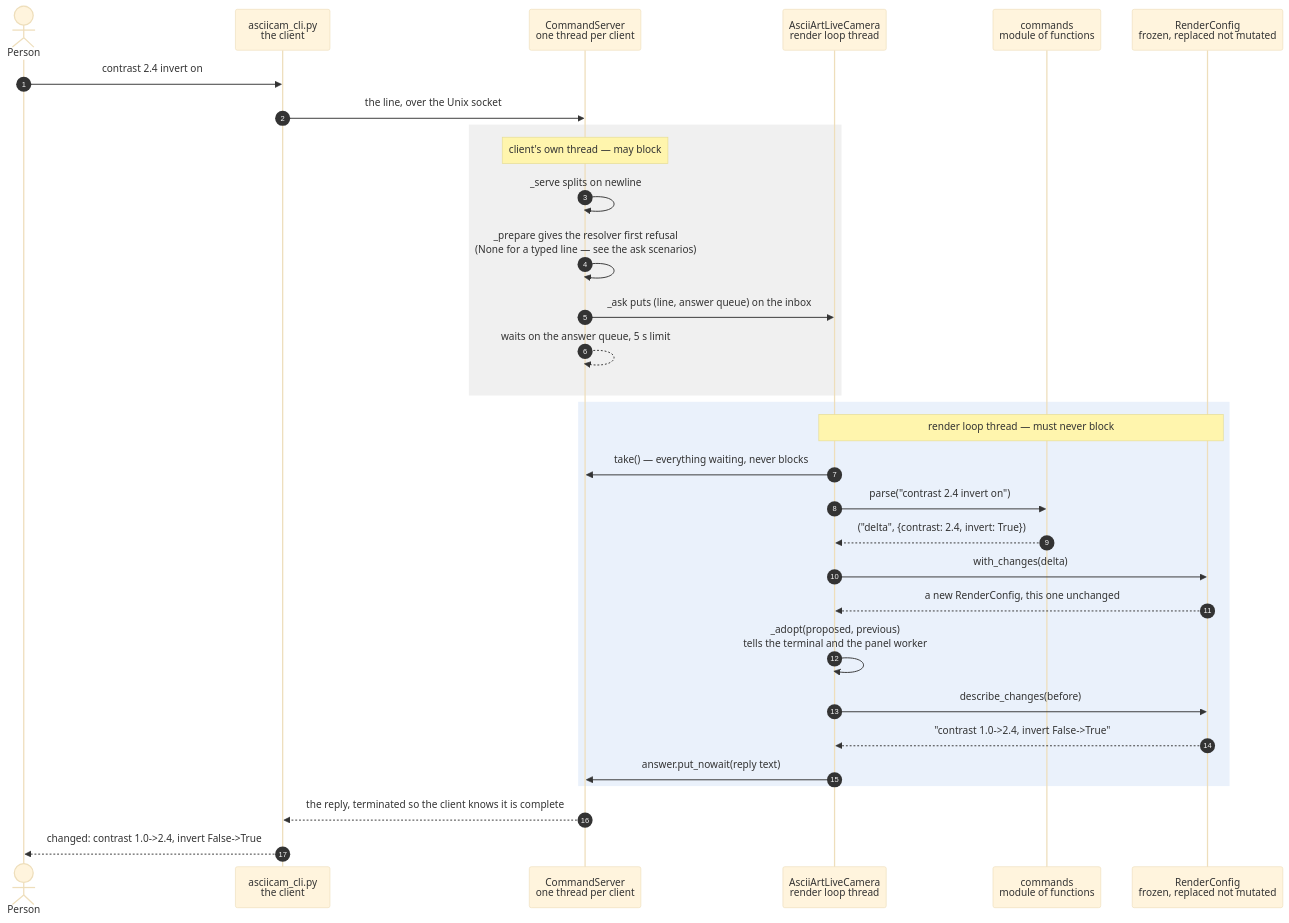
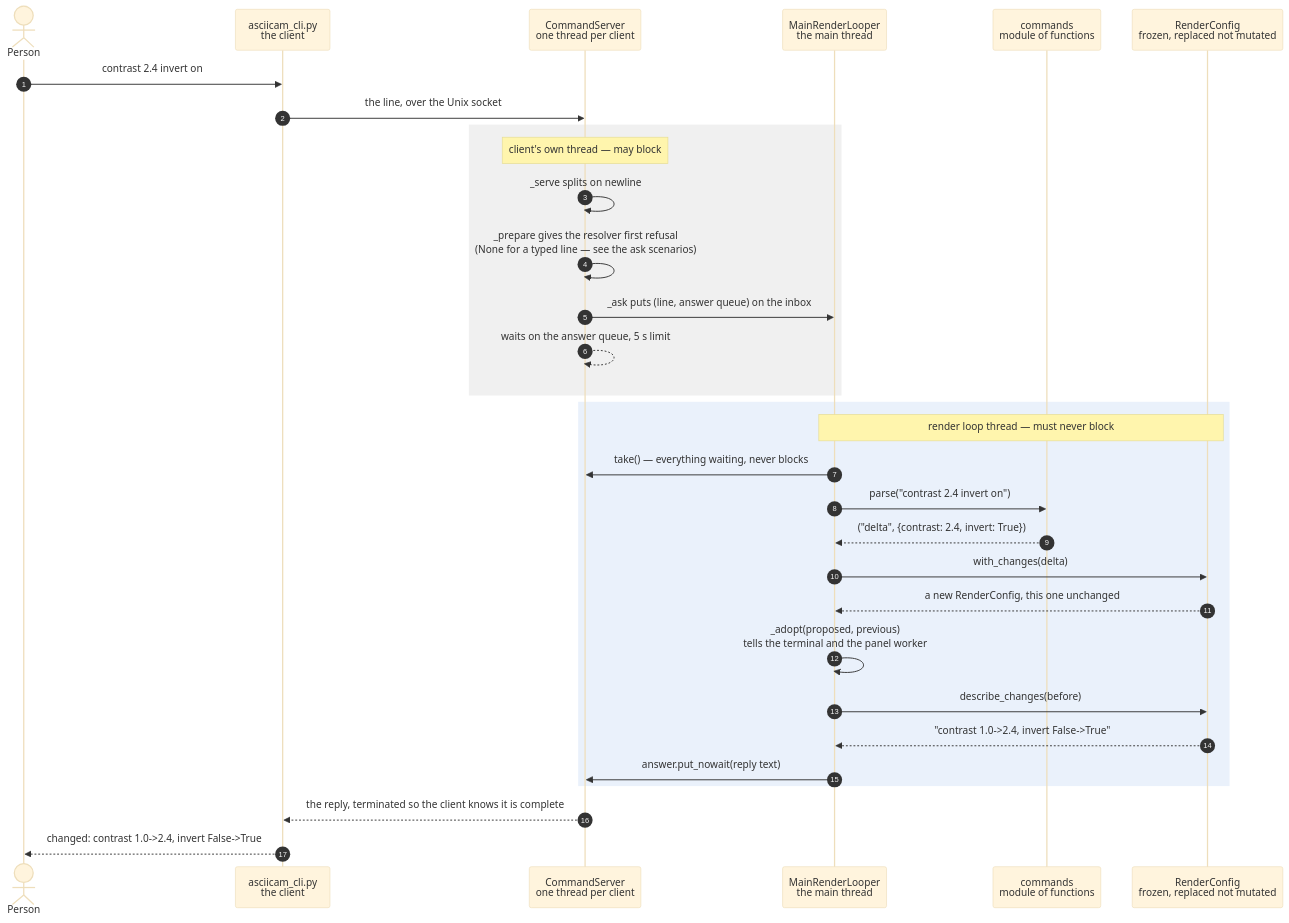
Before and after one commit to replicant1/AsciiArt-Pi: the diagram in docs/scenarios/a-typed-command-updates-the-render-configuration.md, drawn with Mermaid (base theme). The commit also changed other lines of this file and 11 other files, not shown here.

First line of the commit message:
refactor: AsciiArtLiveCamera becomes MainRenderLooper

````diff
--- a/docs/scenarios/a-typed-command-updates-the-render-configuration.md
+++ b/docs/scenarios/a-typed-command-updates-the-render-configuration.md
@@ -33,39 +33,39 @@
 ```mermaid
 sequenceDiagram
     autonumber
     actor Person
     participant CLI as asciicam_cli.py<br/>the client
     participant CS as CommandServer<br/>one thread per client
-    participant App as AsciiArtLiveCamera<br/>render loop thread
+    participant App as MainRenderLooper<br/>the main thread
     participant Cmds as commands<br/>module of functions
     participant Cfg as RenderConfig<br/>frozen, replaced not mutated
 
     Person->>CLI: contrast 2.4 invert on
     CLI->>CS: the line, over the Unix socket
 
     rect rgba(128, 128, 128, 0.12)
         note over CS: client's own thread — may block
         CS->>CS: _serve splits on newline
         CS->>CS: _prepare gives the resolver first refusal<br/>(None for a typed line — see the ask scenarios)
         CS->>App: _ask puts (line, answer queue) on the inbox
         CS-->>CS: waits on the answer queue, 5 s limit
     end
 
     rect rgba(80, 140, 220, 0.12)
         note over App, Cfg: render loop thread — must never block
         App->>CS: take() — everything waiting, never blocks
         App->>Cmds: parse("contrast 2.4 invert on")
         Cmds-->>App: ("delta", {contrast: 2.4, invert: True})
         App->>Cfg: with_changes(delta)
 
         Cfg-->>App: a new RenderConfig, this one unchanged
         App->>App: _adopt(proposed, previous)<br/>tells the terminal and the panel worker
         App->>Cfg: describe_changes(before)
         Cfg-->>App: "contrast 1.0->2.4, invert False->True"
 
         App->>CS: answer.put_nowait(reply text)
     end
 
     CS-->>CLI: the reply, terminated so the client knows it is complete
     CLI-->>Person: changed: contrast 1.0->2.4, invert False->True
 ```
````
